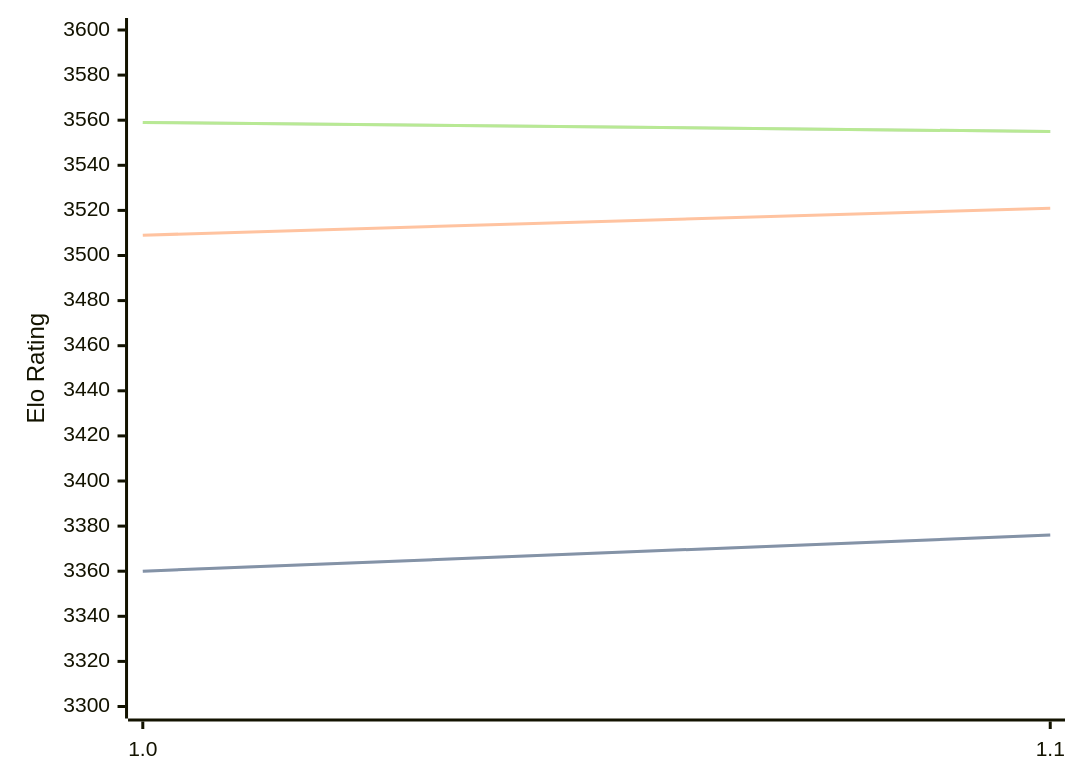
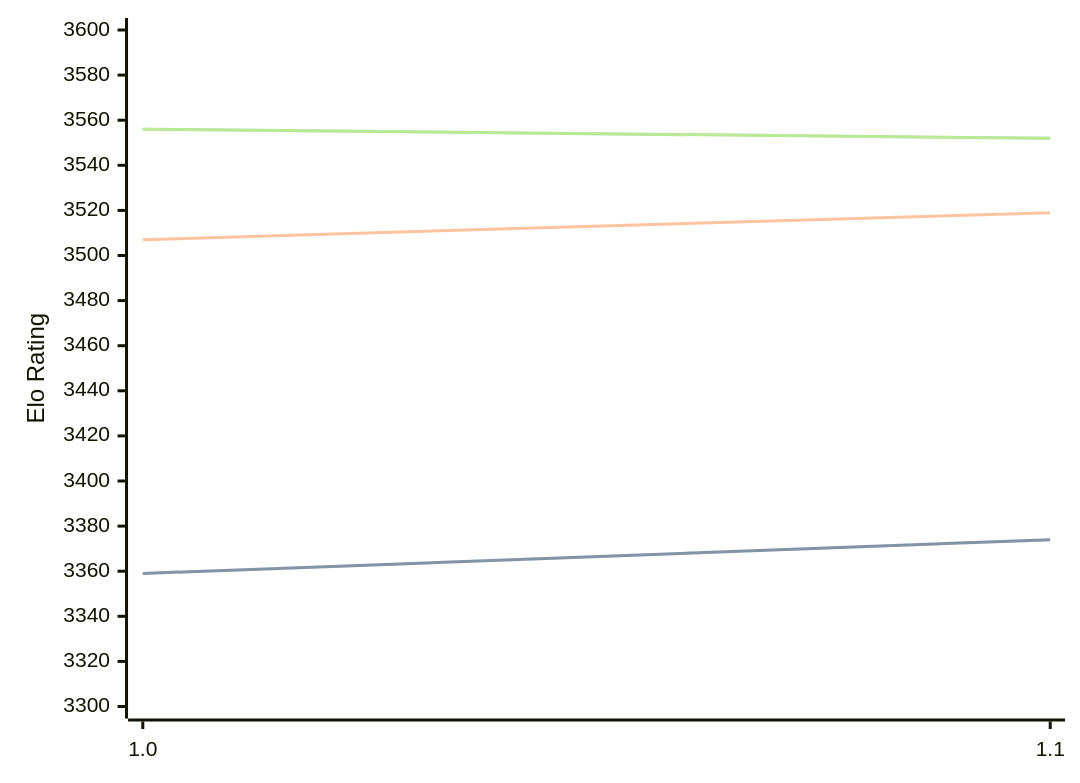
The diagram in engines/Horsie.md (computer-chess-index/cci), drawn with Mermaid before and after one commit. The commit also changed other lines of this file, not shown here.

Commit message:
Update CCI Ratings (ELO VLTC) - 2026-03-31

````diff
--- a/engines/Horsie.md
+++ b/engines/Horsie.md
@@ -32,11 +32,11 @@
 ```mermaid
 %%{init: {"theme":"base","themeVariables":{"seriesColors:['#a3a3a3','#222221','#faa371']}}}%%
 xychart-beta
   x-axis ["1.0", "1.1"]
   y-axis "Elo Rating" 3300 --> 3600
-  line "STC (8.0+0.08s)" [3360, 3376]
-  line "STC (8.0+0.08s)" [3360, 3376]
-  line "LTC (60.0+0.60s)" [3509, 3521]
-  line "VLTC (2m24s+1.12s)" [3559, 3555]
-  line "VLTC (2m24s+1.12s)" [3559, 3555]
+  line "STC (8.0+0.08s)" [3359, 3374]
+  line "STC (8.0+0.08s)" [3359, 3374]
+  line "LTC (60.0+0.60s)" [3507, 3519]
+  line "VLTC (2m24s+1.12s)" [3556, 3552]
+  line "VLTC (2m24s+1.12s)" [3556, 3552]
 ```
````
